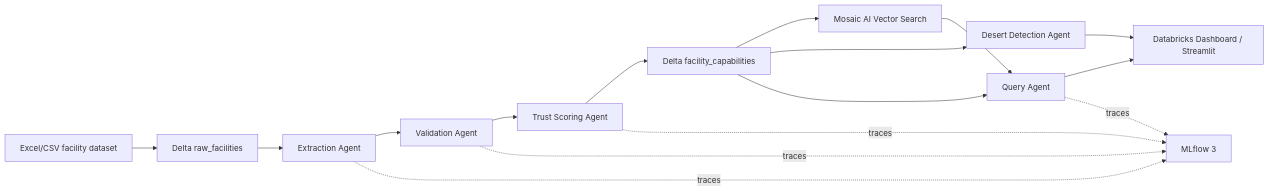
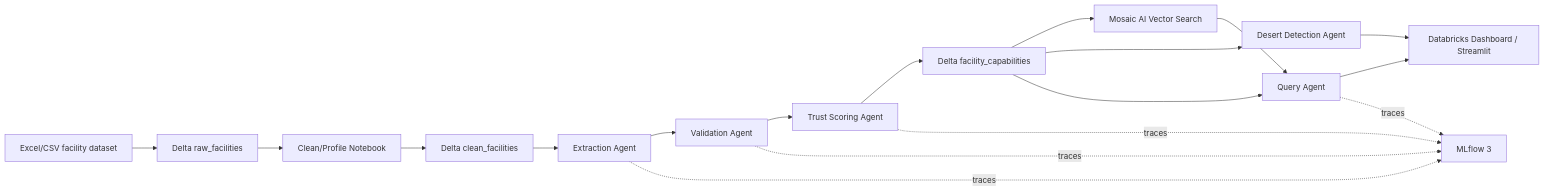
One commit to Ash1129/caremap-ai changed the diagram in README.md. Above: the diagram before and after it, drawn with Mermaid. The commit also changed other lines of this file and 8 other files, not shown here.

````diff
--- a/README.md
+++ b/README.md
@@ -9,18 +9,20 @@
 ```mermaid
 flowchart LR
   A["Excel/CSV facility dataset"] --> B["Delta raw_facilities"]
-  B --> C["Extraction Agent"]
-  C --> D["Validation Agent"]
-  D --> E["Trust Scoring Agent"]
-  E --> F["Delta facility_capabilities"]
-  F --> G["Mosaic AI Vector Search"]
-  F --> H["Desert Detection Agent"]
-  G --> I["Query Agent"]
-  F --> I
-  H --> J["Databricks Dashboard / Streamlit"]
-  I --> J
-  C -. traces .-> K["MLflow 3"]
-  D -. traces .-> K
-  E -. traces .-> K
-  I -. traces .-> K
+  B --> C["Clean/Profile Notebook"]
+  C --> D["Delta clean_facilities"]
+  D --> E["Extraction Agent"]
+  E --> F["Validation Agent"]
+  F --> G["Trust Scoring Agent"]
+  G --> H["Delta facility_capabilities"]
+  H --> I["Mosaic AI Vector Search"]
+  H --> J["Desert Detection Agent"]
+  I --> K["Query Agent"]
+  H --> K
+  J --> L["Databricks Dashboard / Streamlit"]
+  K --> L
+  E -. traces .-> M["MLflow 3"]
+  F -. traces .-> M
+  G -. traces .-> M
+  K -. traces .-> M
 ```
````
